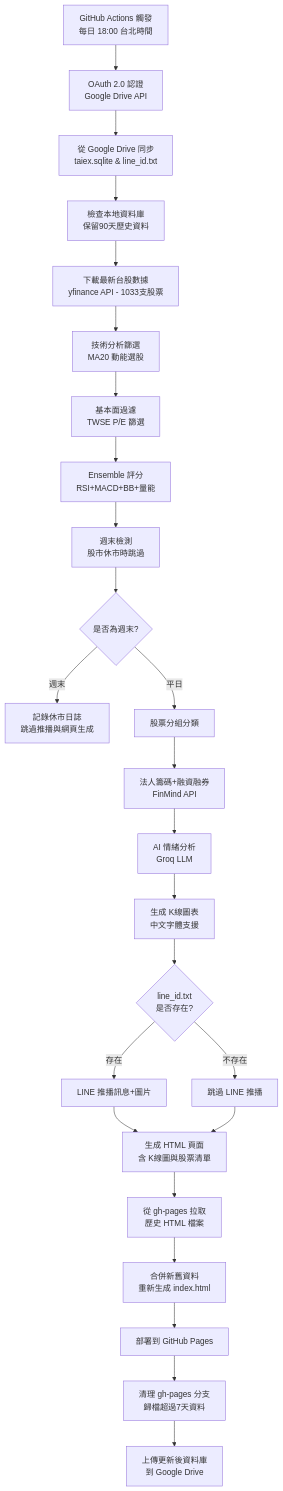
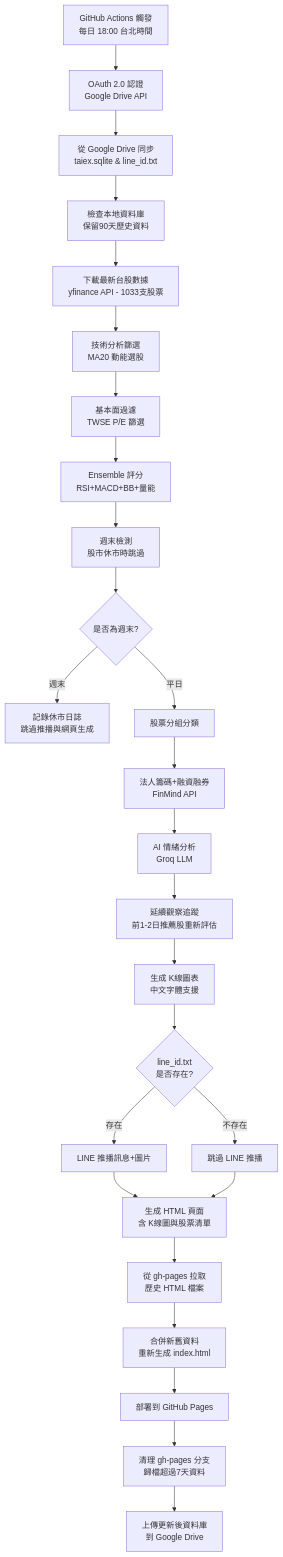
Before and after one commit to YanShuoPan/Qtrading: the diagram in README.md, drawn with Mermaid. The commit also changed other lines of this file and 8 other files, not shown here.

````diff
--- a/README.md
+++ b/README.md
@@ -91,27 +99,28 @@
 ```mermaid
 graph TD
     A[GitHub Actions 觸發<br/>每日 18:00 台北時間] --> B[OAuth 2.0 認證<br/>Google Drive API]
     B --> C[從 Google Drive 同步<br/>taiex.sqlite & line_id.txt]
     C --> D[檢查本地資料庫<br/>保留90天歷史資料]
     D --> E[下載最新台股數據<br/>yfinance API - 1033支股票]
     E --> F[技術分析篩選<br/>MA20 動能選股]
     F --> F2[基本面過濾<br/>TWSE P/E 篩選]
     F2 --> F3[Ensemble 評分<br/>RSI+MACD+BB+量能]
     F3 --> G[週末檢測<br/>股市休市時跳過]
     G --> H{是否為週末?}
     H -->|週末| I[記錄休市日誌<br/>跳過推播與網頁生成]
     H -->|平日| J[股票分組分類]
     J --> J2[法人籌碼+融資融券<br/>FinMind API]
     J2 --> J3[AI 情緒分析<br/>Groq LLM]
-    J3 --> K[生成 K線圖表<br/>中文字體支援]
+    J3 --> J4[延續觀察追蹤<br/>前1-2日推薦股重新評估]
+    J4 --> K[生成 K線圖表<br/>中文字體支援]
     K --> L{line_id.txt<br/>是否存在?}
     L -->|存在| M[LINE 推播訊息+圖片]
     L -->|不存在| N[跳過 LINE 推播]
     M --> O[生成 HTML 頁面<br/>含 K線圖與股票清單]
     N --> O
     O --> P[從 gh-pages 拉取<br/>歷史 HTML 檔案]
     P --> Q[合併新舊資料<br/>重新生成 index.html]
     Q --> R[部署到 GitHub Pages]
     R --> S[清理 gh-pages 分支<br/>歸檔超過7天資料]
     S --> T[上傳更新後資料庫<br/>到 Google Drive]
 ```
````
